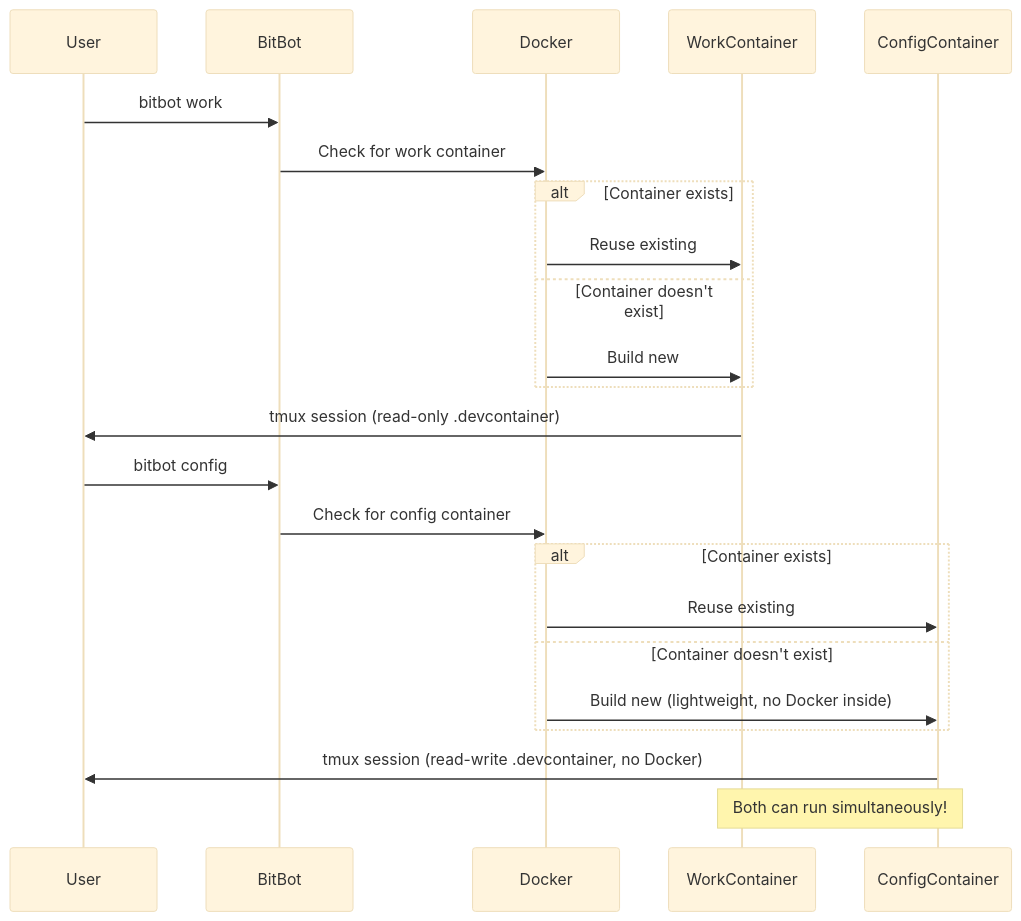
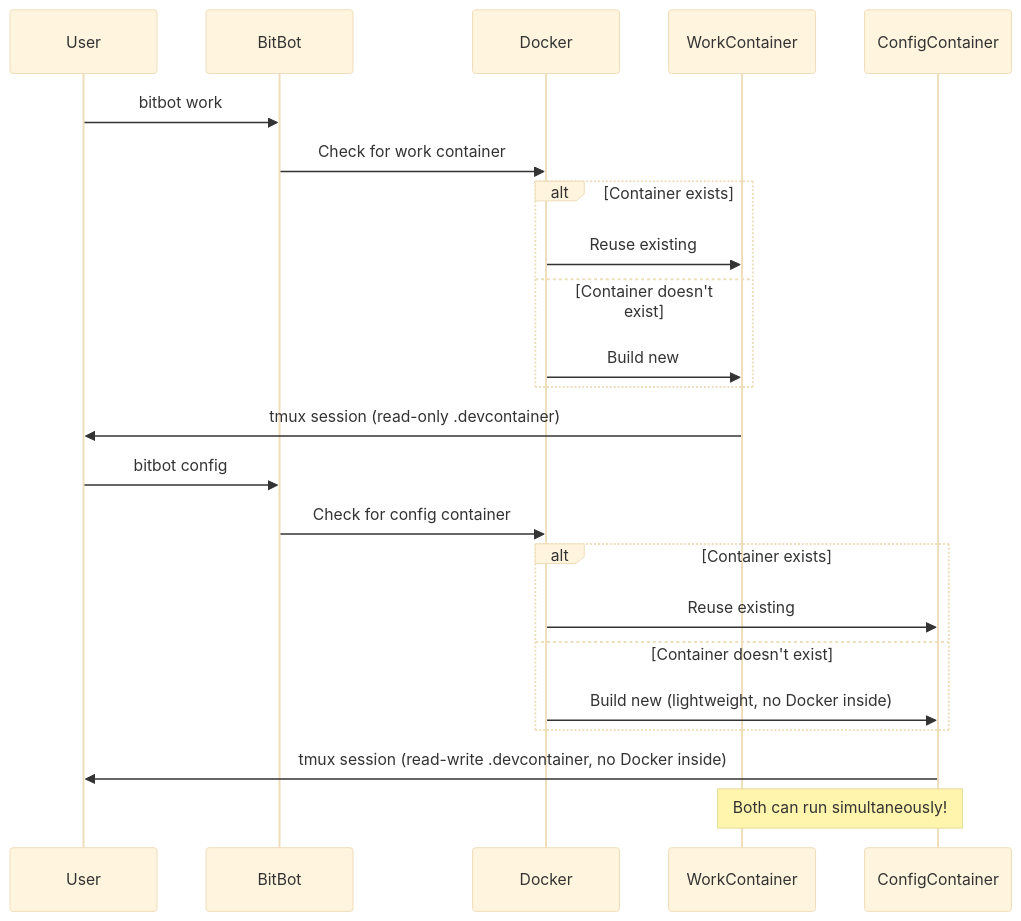
Before and after one commit to ManuelKugelmann/BitBot: the third of 4 diagrams in sparc/3-architecture/diagrams/02-container-orchestration.md, drawn with Mermaid (base theme). The commit also changed other lines of this file and 1 other file, not shown here.

First line of the commit message:
Clarify config mode Docker requirements in architecture diagram

````diff
--- a/sparc/3-architecture/diagrams/02-container-orchestration.md
+++ b/sparc/3-architecture/diagrams/02-container-orchestration.md
@@ -202,28 +206,28 @@
 ```mermaid
 sequenceDiagram
     participant User
     participant BitBot
     participant Docker
     participant WorkContainer
     participant ConfigContainer
 
     User->>BitBot: bitbot work
     BitBot->>Docker: Check for work container
     alt Container exists
         Docker->>WorkContainer: Reuse existing
     else Container doesn't exist
         Docker->>WorkContainer: Build new
     end
     WorkContainer->>User: tmux session (read-only .devcontainer)
 
     User->>BitBot: bitbot config
     BitBot->>Docker: Check for config container
     alt Container exists
         Docker->>ConfigContainer: Reuse existing
     else Container doesn't exist
         Docker->>ConfigContainer: Build new (lightweight, no Docker inside)
     end
-    ConfigContainer->>User: tmux session (read-write .devcontainer, no Docker)
+    ConfigContainer->>User: tmux session (read-write .devcontainer, no Docker inside)
 
     Note over WorkContainer,ConfigContainer: Both can run simultaneously!
 ```
````
